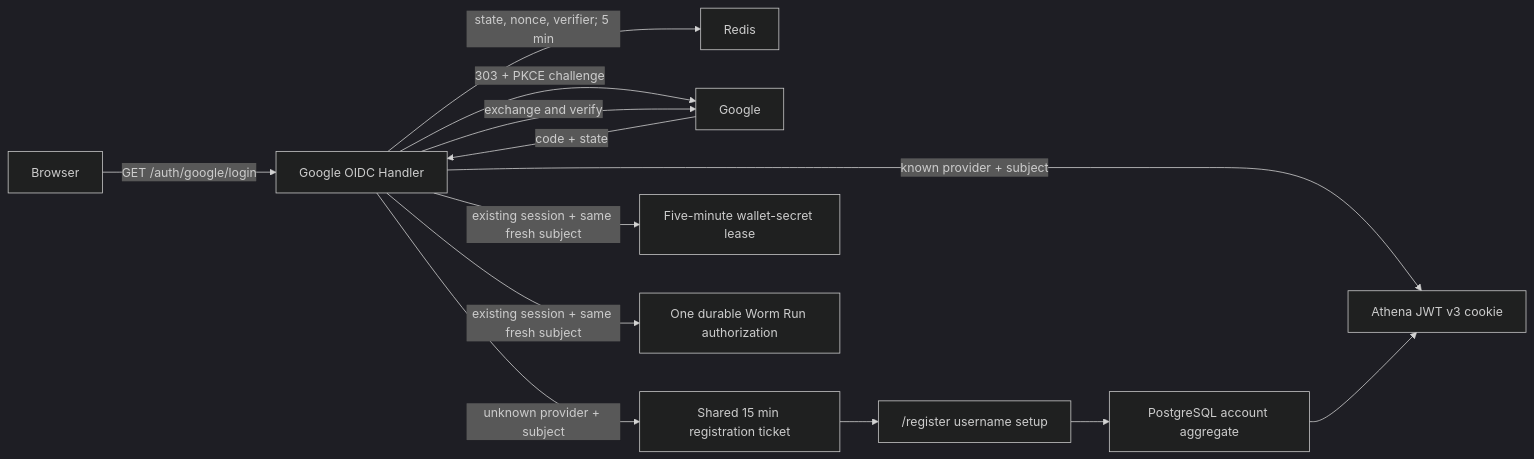
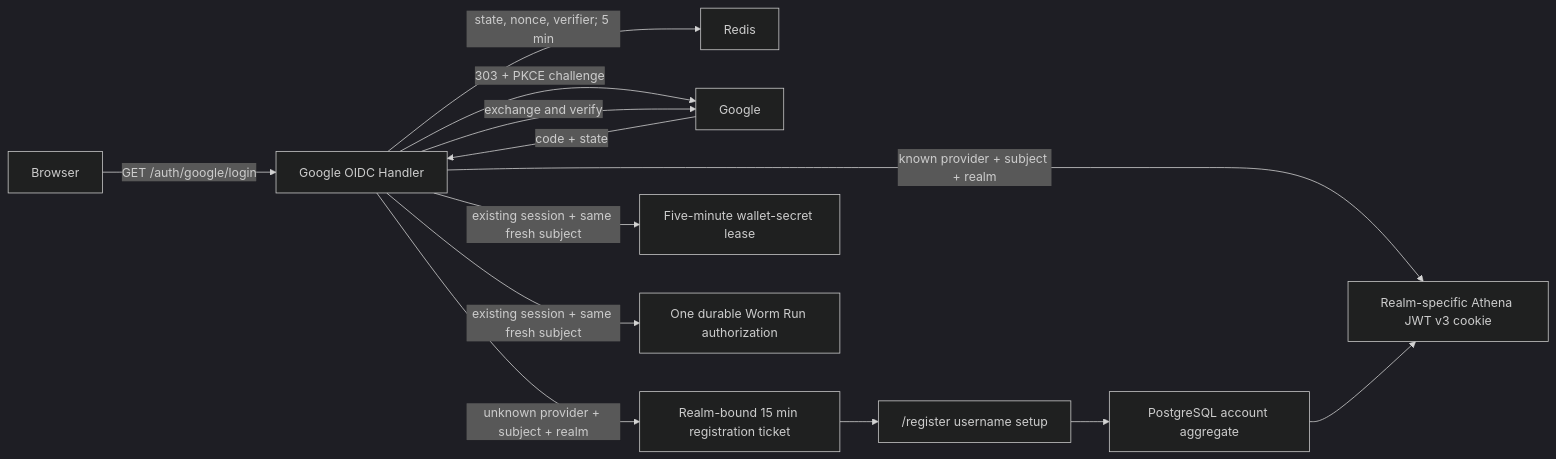
The diagram in docs/design/identity-access/google-oidc-login.md (useryege/athena-o), drawn with Mermaid (dark theme) before and after one commit. The commit also changed other lines of this file and 55 other files, not shown here.

````diff
--- a/docs/design/identity-access/google-oidc-login.md
+++ b/docs/design/identity-access/google-oidc-login.md
@@ -44,15 +47,15 @@
 ```mermaid
 flowchart LR
     B["Browser"] -->|"GET /auth/google/login"| H["Google OIDC Handler"]
     H -->|"state, nonce, verifier; 5 min"| R["Redis"]
     H -->|"303 + PKCE challenge"| G["Google"]
     G -->|"code + state"| H
     H -->|"exchange and verify"| G
-    H -->|"known provider + subject"| S["Athena JWT v3 cookie"]
-    H -->|"unknown provider + subject"| T["Shared 15 min registration ticket"]
+    H -->|"known provider + subject + realm"| S["Realm-specific Athena JWT v3 cookie"]
+    H -->|"unknown provider + subject + realm"| T["Realm-bound 15 min registration ticket"]
     H -->|"existing session + same fresh subject"| W["Five-minute wallet-secret lease"]
     H -->|"existing session + same fresh subject"| E["One durable Worm Run authorization"]
     T --> U["/register username setup"]
     U --> D["PostgreSQL account aggregate"]
     D --> S
 ```
````
